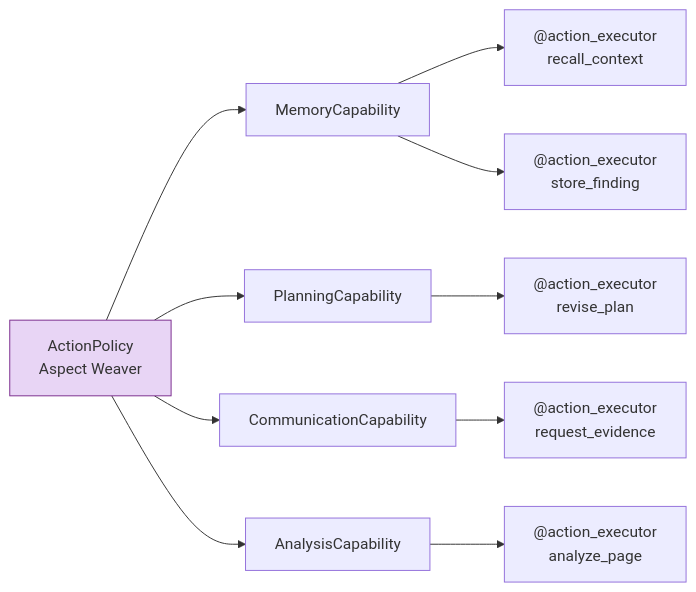
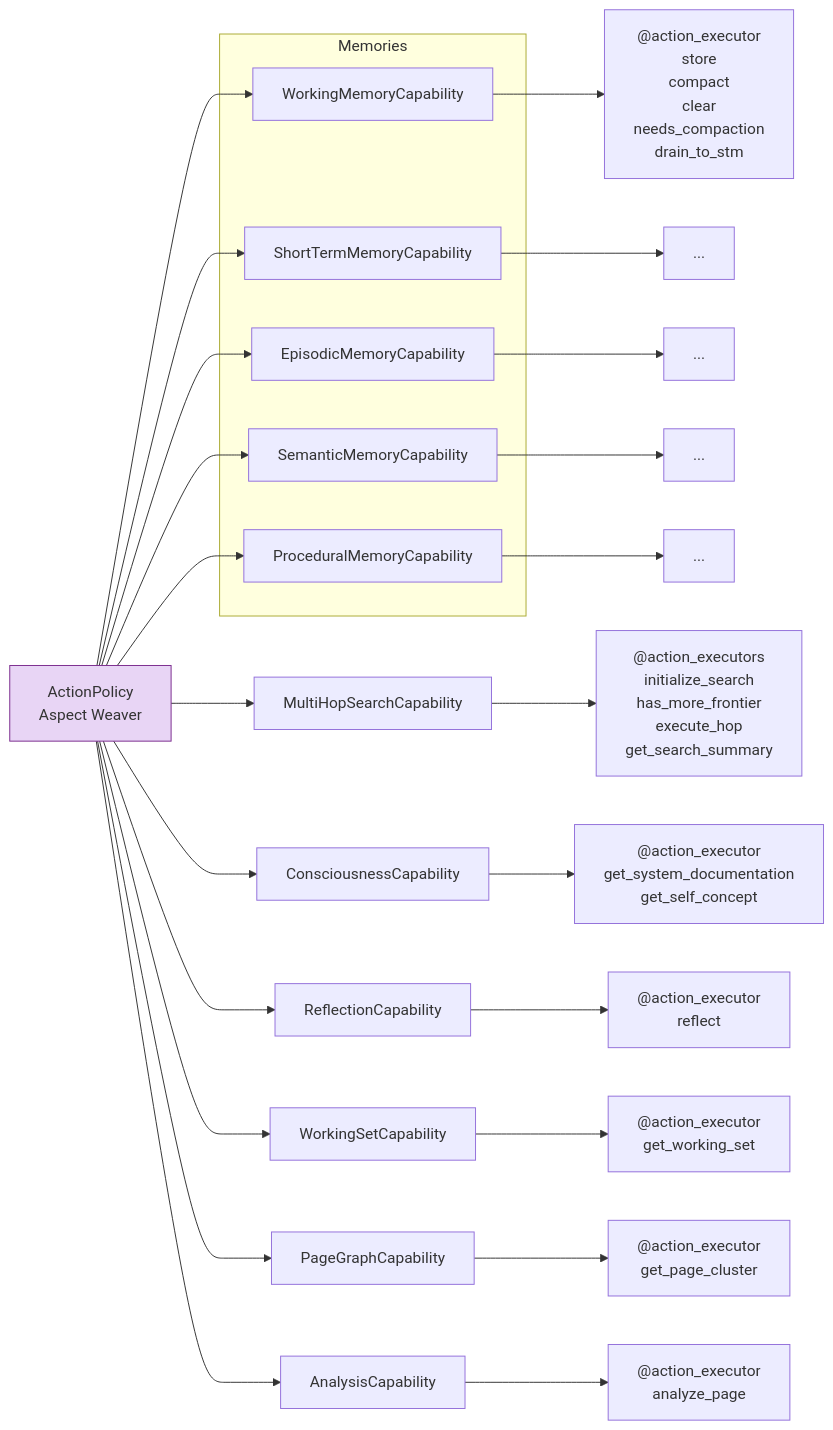
The first of 3 diagrams in docs/design-insights/capabilities-as-aspects.md (Polymathera/colony), drawn with Mermaid before and after one commit. The commit also changed other lines of this file and 27 other files, not shown here.

````diff
--- a/docs/design-insights/capabilities-as-aspects.md
+++ b/docs/design-insights/capabilities-as-aspects.md
@@ -28,15 +50,30 @@
 ```mermaid
 graph LR
-    A[ActionPolicy<br/>Aspect Weaver] --> B[MemoryCapability]
-    A --> C[PlanningCapability]
-    A --> D[CommunicationCapability]
-    A --> E[AnalysisCapability]
+    A[ActionPolicy<br/>Aspect Weaver]
 
-    B --> B1["@action_executor<br/>recall_context"]
-    B --> B2["@action_executor<br/>store_finding"]
-    C --> C1["@action_executor<br/>revise_plan"]
-    D --> D1["@action_executor<br/>request_evidence"]
-    E --> E1["@action_executor<br/>analyze_page"]
+    subgraph "Memories"
+        B[WorkingMemoryCapability]
+        C[ShortTermMemoryCapability]
+        D[EpisodicMemoryCapability]
+        E[SemanticMemoryCapability]
+        F[ProceduralMemoryCapability]
+    end
+
+    A --> B
+    A --> C --> C1["..."]
+    A --> D --> D1["..."]
+    A --> E --> E1["..."]
+    A --> F --> F1["..."]
+    A --> G[MultiHopSearchCapability]
+    A --> H[ConsciousnessCapability]
+    A --> RF[ReflectionCapability] --> RF1["@action_executor<br/>reflect"]
+    A --> WS[WorkingSetCapability] --> WS1["@action_executor<br/>get_working_set"]
+    A --> PG[PageGraphCapability] --> PG1["@action_executor<br/>get_page_cluster"]
+    A --> AN[AnalysisCapability] --> AN1["@action_executor<br/>analyze_page"]
+
+    B --> B1["@action_executor<br/>store<br/>compact<br/>clear<br/>needs_compaction<br/>drain_to_stm"]
+    G --> G1["@action_executors<br/>initialize_search<br/>has_more_frontier<br/>execute_hop<br/>get_search_summary"]
+    H --> H1["@action_executor<br/>get_system_documentation<br/>get_self_concept"]
 
     style A fill:#e8d5f5,stroke:#7b2d8e
 ```
````
